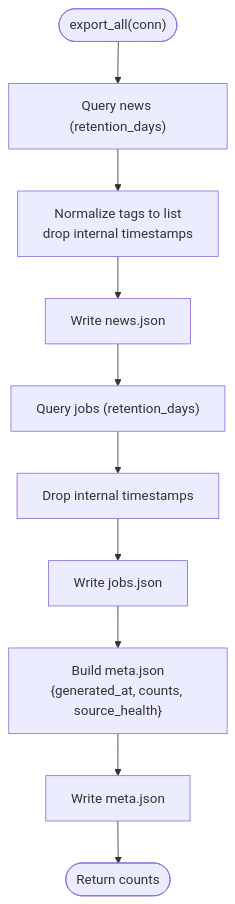
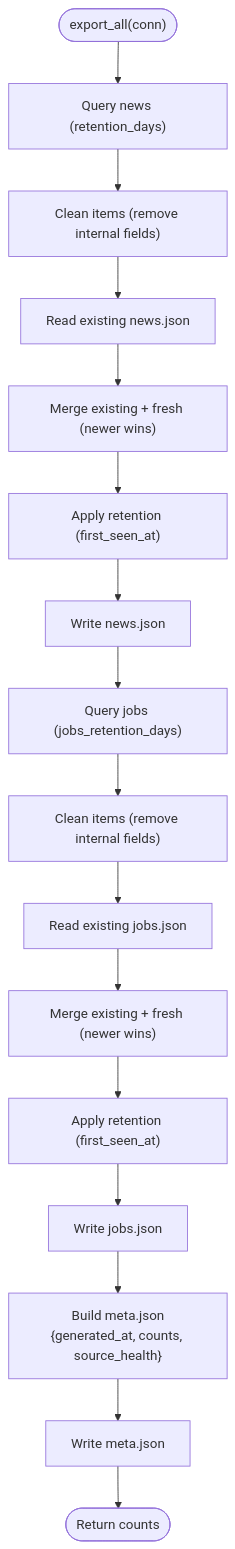
The fifth of 8 diagrams in .qoder/repowiki/en/content/Data Management/Data Management.md (shakthi-vinayak/news), drawn with Mermaid before and after one commit. The commit also changed other lines of this file and 55 other files, not shown here.

````diff
--- a/.qoder/repowiki/en/content/Data Management/Data Management.md
+++ b/.qoder/repowiki/en/content/Data Management/Data Management.md
@@ -239,12 +253,18 @@
 ```mermaid
 flowchart TD
 EStart(["export_all(conn)"]) --> QNews["Query news (retention_days)"]
-QNews --> NormalizeN["Normalize tags to list<br/>drop internal timestamps"]
-NormalizeN --> WriteN["Write news.json"]
-WriteN --> QJobs["Query jobs (retention_days)"]
-QJobs --> NormalizeJ["Drop internal timestamps"]
-NormalizeJ --> WriteJ["Write jobs.json"]
+QNews --> CleanN["Clean items (remove internal fields)"]
+CleanN --> ReadN["Read existing news.json"]
+ReadN --> MergeN["Merge existing + fresh (newer wins)"]
+MergeN --> ExpN["Apply retention (first_seen_at)"]
+ExpN --> WriteN["Write news.json"]
+WriteN --> QJobs["Query jobs (jobs_retention_days)"]
+QJobs --> CleanJ["Clean items (remove internal fields)"]
+CleanJ --> ReadJ["Read existing jobs.json"]
+ReadJ --> MergeJ["Merge existing + fresh (newer wins)"]
+MergeJ --> ExpJ["Apply retention (first_seen_at)"]
+ExpJ --> WriteJ["Write jobs.json"]
 WriteJ --> Meta["Build meta.json<br/>{generated_at, counts, source_health}"]
 Meta --> WriteMeta["Write meta.json"]
 WriteMeta --> EEnd(["Return counts"])
 ```
````
